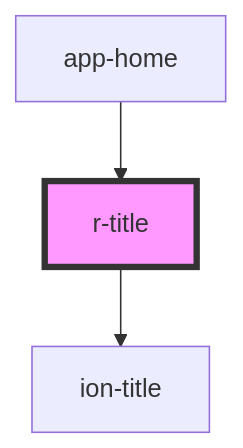
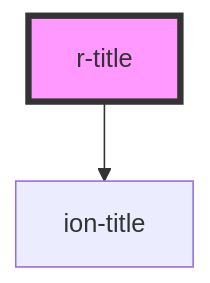
Before and after one commit to refactico/design-system: the diagram in src/components/r-title/readme.md, drawn with Mermaid. The commit also changed other lines of this file and 27 other files, not shown here.

First line of the commit message:
chore: update component dependencies and documentation for app-home

````diff
--- a/src/components/r-title/readme.md
+++ b/src/components/r-title/readme.md
@@ -27,6 +23,5 @@
 ```mermaid
 graph TD;
   r-title --> ion-title
-  app-home --> r-title
   style r-title fill:#f9f,stroke:#333,stroke-width:4px
 ```
````
